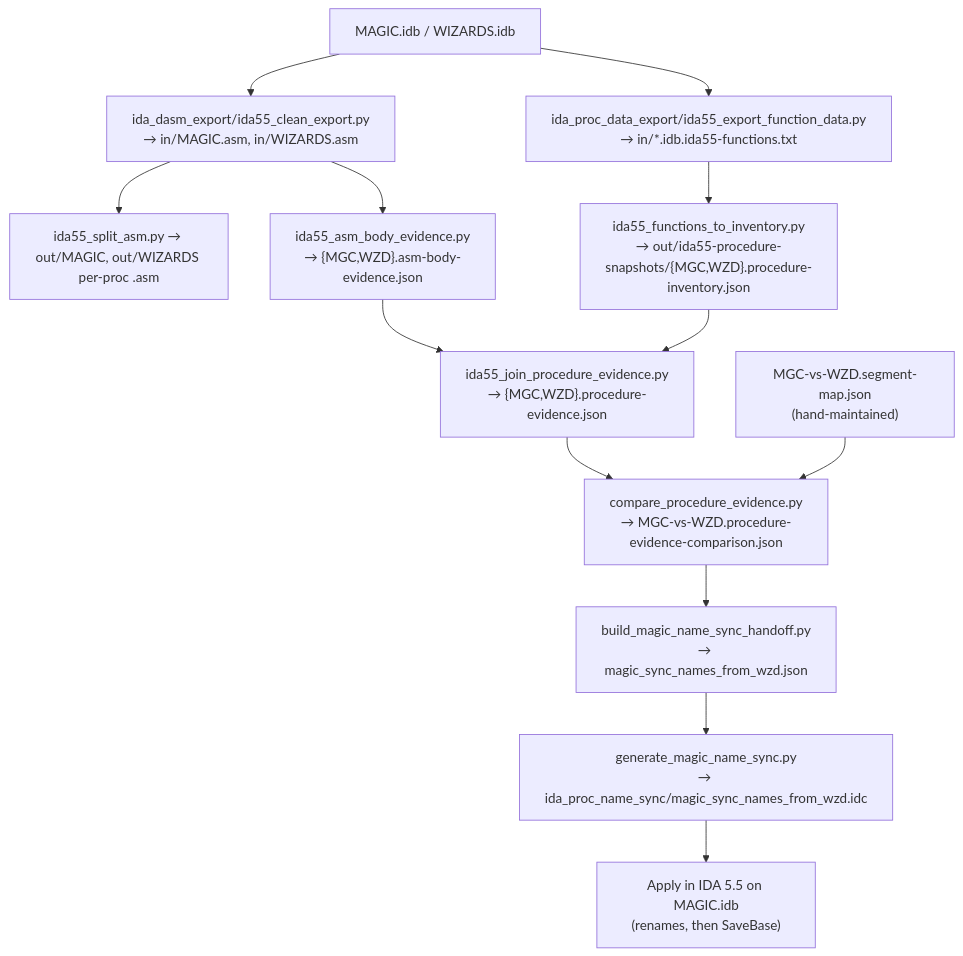
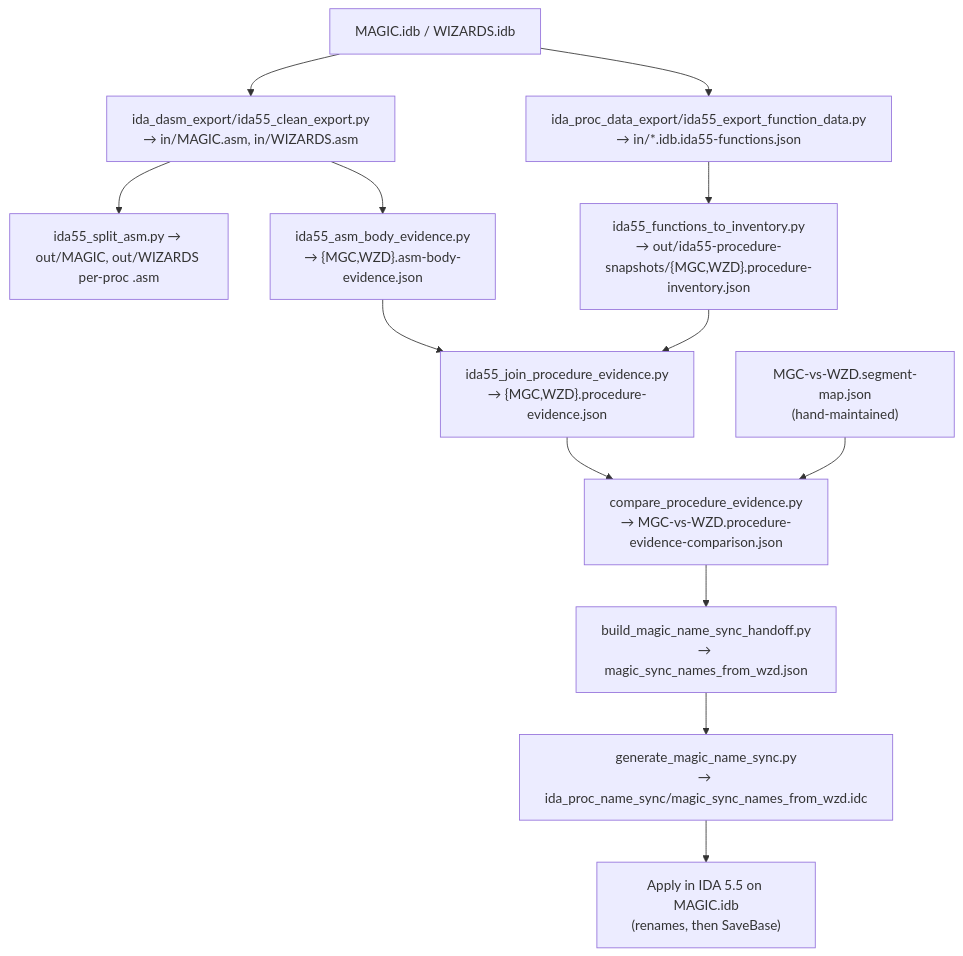
Before and after one commit to jbalcomb/STU-Extras: the diagram in Piethawn/Piethawn/IDA55_PROCESS.md, drawn with Mermaid. The commit also changed other lines of this file and 104 other files, not shown here.

````diff
--- a/Piethawn/Piethawn/IDA55_PROCESS.md
+++ b/Piethawn/Piethawn/IDA55_PROCESS.md
@@ -120,24 +213,24 @@
 ```mermaid
 flowchart TD
     IDB["MAGIC.idb / WIZARDS.idb"]
     EXP1["ida_dasm_export/ida55_clean_export.py<br/>→ in/MAGIC.asm, in/WIZARDS.asm"]
-    EXP2["ida_proc_data_export/ida55_export_function_data.py<br/>→ in/*.idb.ida55-functions.txt"]
+    EXP2["ida_proc_data_export/ida55_export_function_data.py<br/>→ in/*.idb.ida55-functions.json"]
     SPLIT["ida55_split_asm.py → out/MAGIC, out/WIZARDS per-proc .asm"]
     INV["ida55_functions_to_inventory.py<br/>→ out/ida55-procedure-snapshots/{MGC,WZD}.procedure-inventory.json"]
     BODY["ida55_asm_body_evidence.py<br/>→ {MGC,WZD}.asm-body-evidence.json"]
     JOIN["ida55_join_procedure_evidence.py<br/>→ {MGC,WZD}.procedure-evidence.json"]
     SEGMAP["MGC-vs-WZD.segment-map.json<br/>(hand-maintained)"]
     CMP["compare_procedure_evidence.py<br/>→ MGC-vs-WZD.procedure-evidence-comparison.json"]
     HAND["build_magic_name_sync_handoff.py<br/>→ magic_sync_names_from_wzd.json"]
     GEN["generate_magic_name_sync.py<br/>→ ida_proc_name_sync/magic_sync_names_from_wzd.idc"]
     APPLY["Apply in IDA 5.5 on MAGIC.idb<br/>(renames, then SaveBase)"]
 
     IDB --> EXP1 --> SPLIT
     IDB --> EXP2 --> INV
     EXP1 --> BODY
     INV --> JOIN
     BODY --> JOIN
     JOIN --> CMP
     SEGMAP --> CMP
     CMP --> HAND --> GEN --> APPLY
 ```
````
